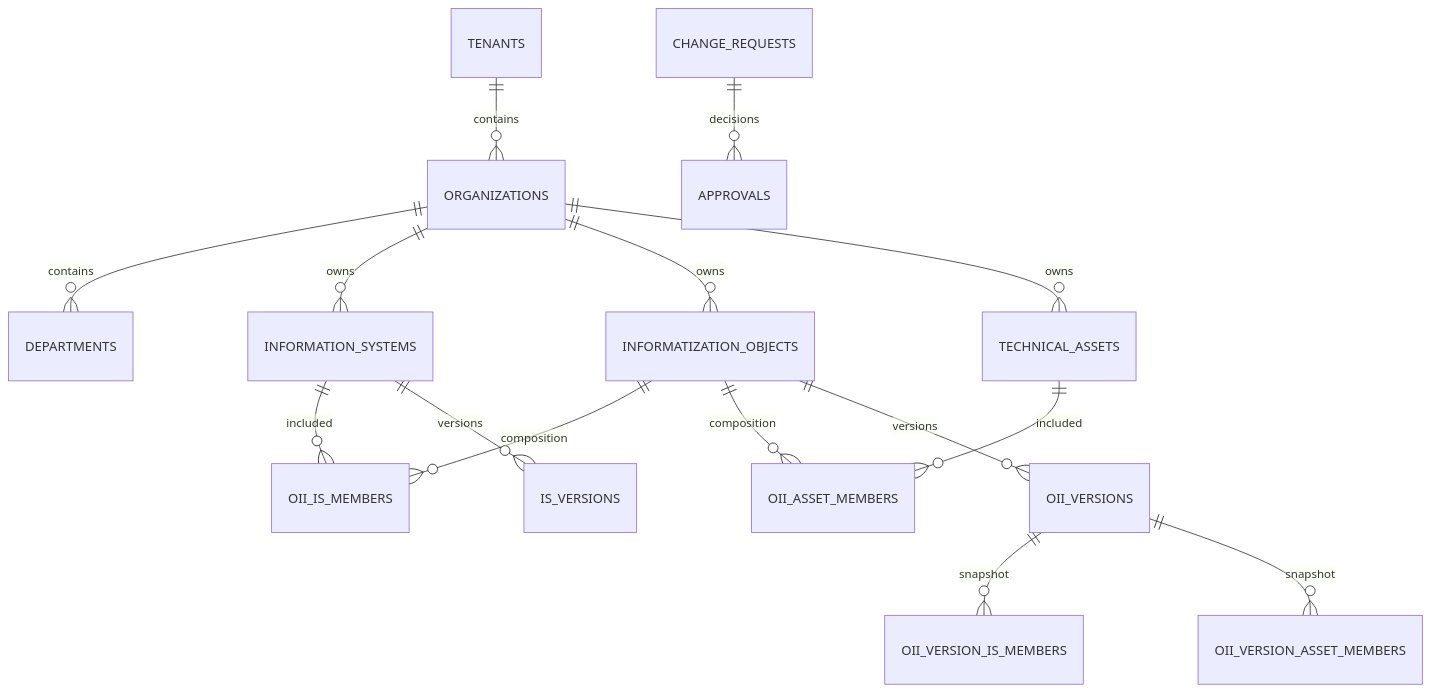
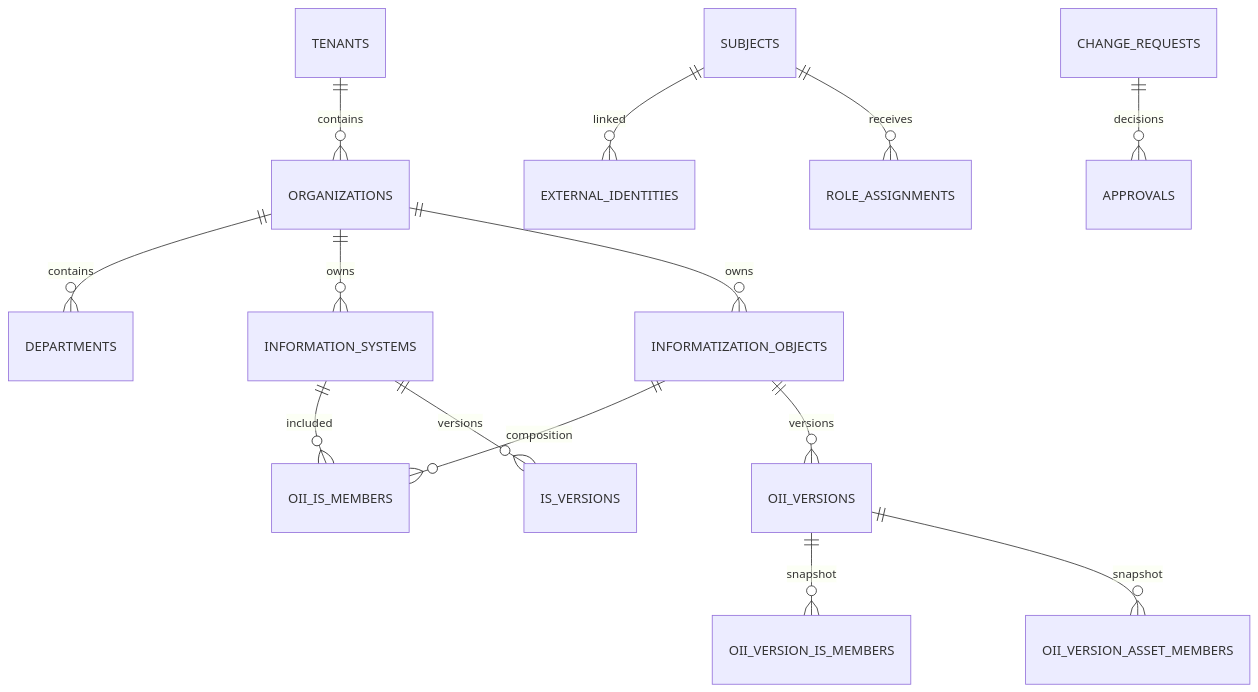
One commit to balzorn/e5-atlasis changed the diagram in docs/architecture/data-model-v1.md. Above: the diagram before and after it, drawn with Mermaid. The commit also changed other lines of this file, not shown here.

Commit message:
docs: settle v1 asset, numbering and identity model

````diff
--- a/docs/architecture/data-model-v1.md
+++ b/docs/architecture/data-model-v1.md
@@ -35,17 +35,16 @@
 ```mermaid
 erDiagram
     TENANTS ||--o{ ORGANIZATIONS : contains
     ORGANIZATIONS ||--o{ DEPARTMENTS : contains
     ORGANIZATIONS ||--o{ INFORMATION_SYSTEMS : owns
     ORGANIZATIONS ||--o{ INFORMATIZATION_OBJECTS : owns
-    ORGANIZATIONS ||--o{ TECHNICAL_ASSETS : owns
     INFORMATIZATION_OBJECTS ||--o{ OII_IS_MEMBERS : composition
     INFORMATION_SYSTEMS ||--o{ OII_IS_MEMBERS : included
-    INFORMATIZATION_OBJECTS ||--o{ OII_ASSET_MEMBERS : composition
-    TECHNICAL_ASSETS ||--o{ OII_ASSET_MEMBERS : included
+    SUBJECTS ||--o{ EXTERNAL_IDENTITIES : linked
+    SUBJECTS ||--o{ ROLE_ASSIGNMENTS : receives
     INFORMATION_SYSTEMS ||--o{ IS_VERSIONS : versions
     INFORMATIZATION_OBJECTS ||--o{ OII_VERSIONS : versions
     OII_VERSIONS ||--o{ OII_VERSION_IS_MEMBERS : snapshot
     OII_VERSIONS ||--o{ OII_VERSION_ASSET_MEMBERS : snapshot
     CHANGE_REQUESTS ||--o{ APPROVALS : decisions
 ```
````
